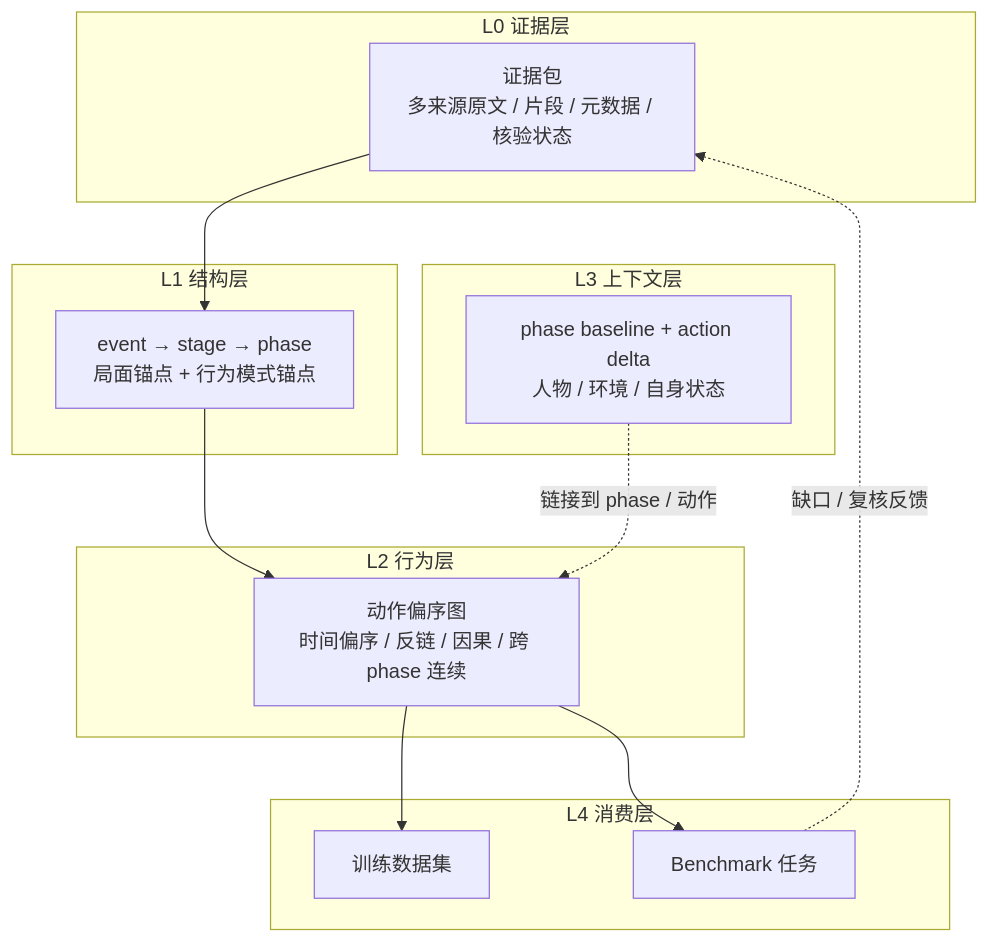
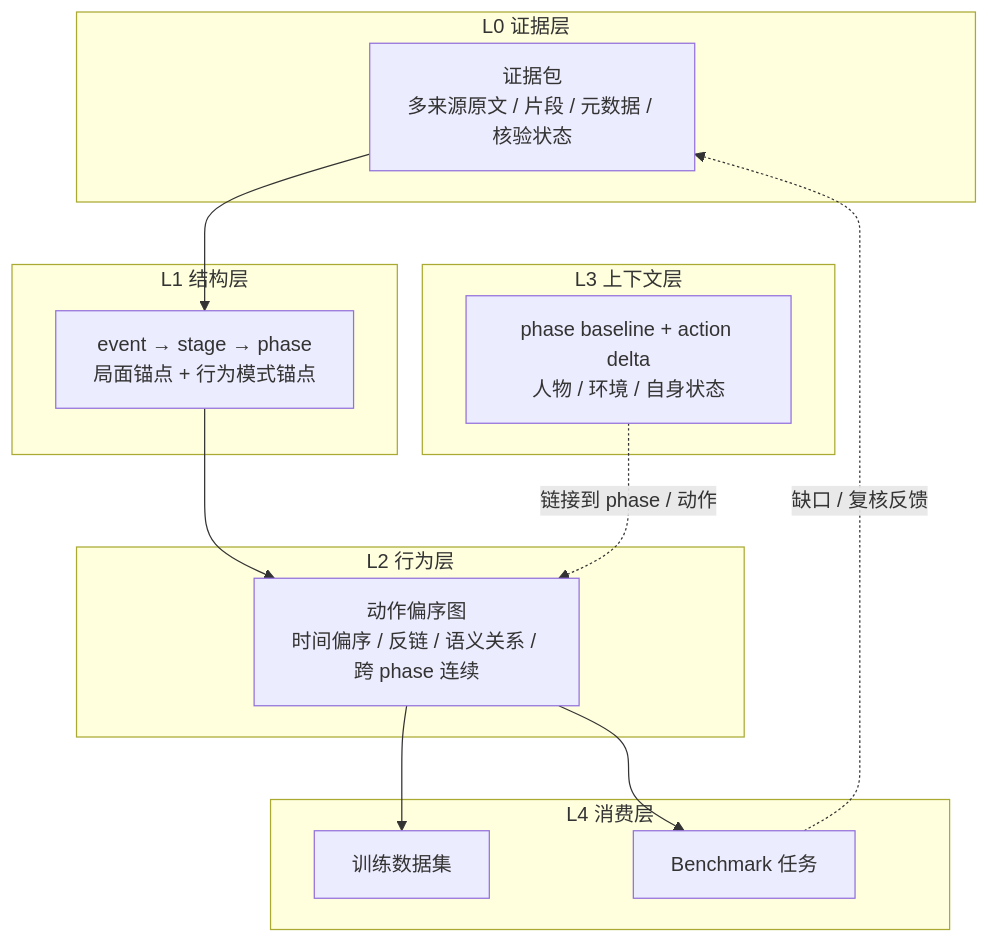
Before and after one commit to AgenticFinLab/FinMycelium: the diagram in docs/structures/0-overview.md, drawn with Mermaid. The commit also changed other lines of this file and 3 other files, not shown here.

````diff
--- a/docs/structures/0-overview.md
+++ b/docs/structures/0-overview.md
@@ -62,24 +62,24 @@
 ```mermaid
 flowchart TB
     subgraph L0["L0 证据层"]
         EP["证据包<br/>多来源原文 / 片段 / 元数据 / 核验状态"]
     end
     subgraph L1["L1 结构层"]
         H["event → stage → phase<br/>局面锚点 + 行为模式锚点"]
     end
     subgraph L2["L2 行为层"]
-        G["动作偏序图<br/>时间偏序 / 反链 / 因果 / 跨 phase 连续"]
+        G["动作偏序图<br/>时间偏序 / 反链 / 语义关系 / 跨 phase 连续"]
     end
     subgraph L3["L3 上下文层"]
         C["phase baseline + action delta<br/>人物 / 环境 / 自身状态"]
     end
     subgraph L4["L4 消费层"]
         DS["训练数据集"]
         BM["Benchmark 任务"]
     end
     EP --> H --> G
     C -.->|链接到 phase / 动作| G
     G --> DS
     G --> BM
     BM -.->|缺口 / 复核反馈| EP
 ```
````
